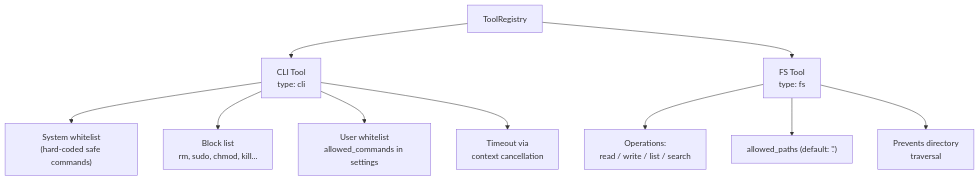
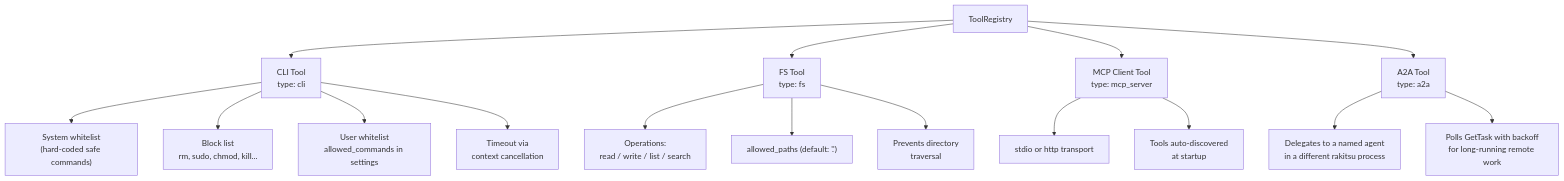
Before and after one commit to paupawsan/rakitsu: diagram 12 of 27 in docs/SYSTEM-SPEC.md, drawn with Mermaid. The commit also changed other lines of this file and 4 other files, not shown here.

First line of the commit message:
docs: document ACP server, MCP server/client, and A2A endpoint

````diff
--- a/docs/SYSTEM-SPEC.md
+++ b/docs/SYSTEM-SPEC.md
@@ -649,15 +675,23 @@
 ```mermaid
 graph TD
     REG["ToolRegistry"]
     REG --> CLI["CLI Tool\ntype: cli"]
     REG --> FS["FS Tool\ntype: fs"]
+    REG --> MCP["MCP Client Tool\ntype: mcp_server"]
+    REG --> A2A["A2A Tool\ntype: a2a"]
 
     CLI --> SWLIST["System whitelist\n(hard-coded safe commands)"]
     CLI --> BLIST["Block list\nrm, sudo, chmod, kill..."]
     CLI --> UWLIST["User whitelist\nallowed_commands in settings"]
     CLI --> TO["Timeout via\ncontext cancellation"]
 
     FS --> FOPS["Operations:\nread / write / list / search"]
     FS --> PATHS["allowed_paths (default: '.')"]
     FS --> TRAV["Prevents directory\ntraversal"]
+
+    MCP --> TRANS["stdio or http transport"]
+    MCP --> DISC["Tools auto-discovered\nat startup"]
+
+    A2A --> DELE["Delegates to a named agent\nin a different rakitsu process"]
+    A2A --> POLL["Polls GetTask with backoff\nfor long-running remote work"]
 ```
````
